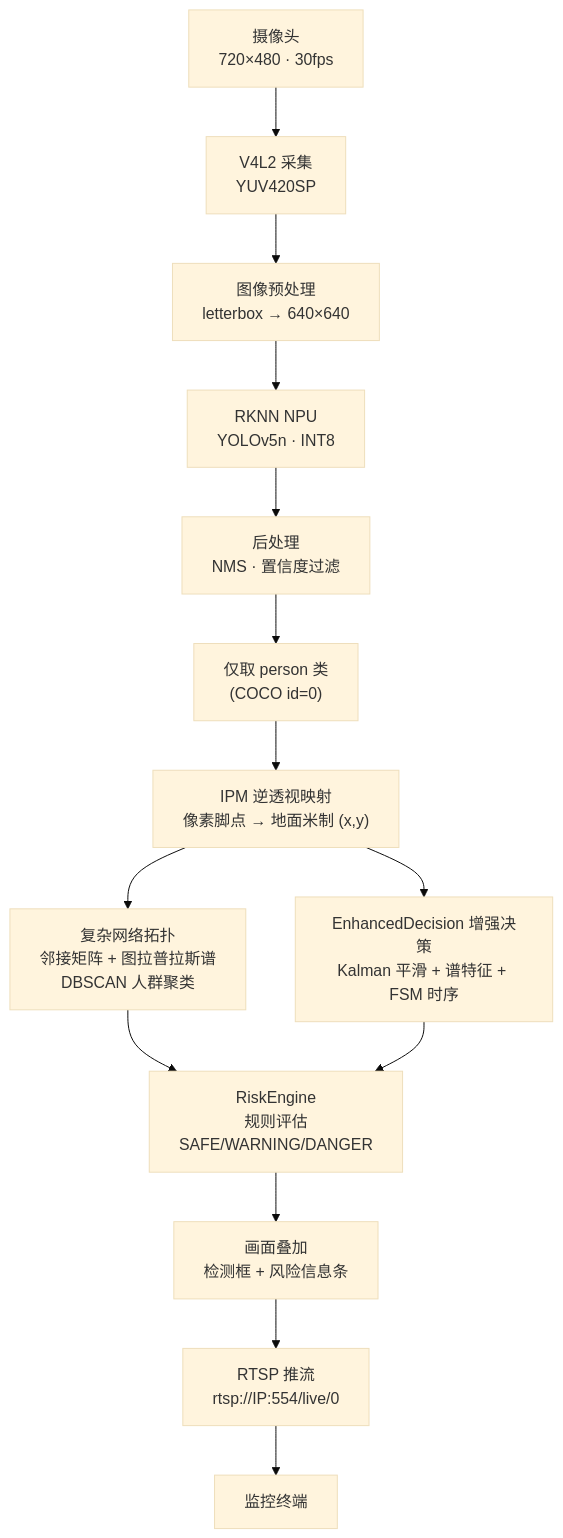
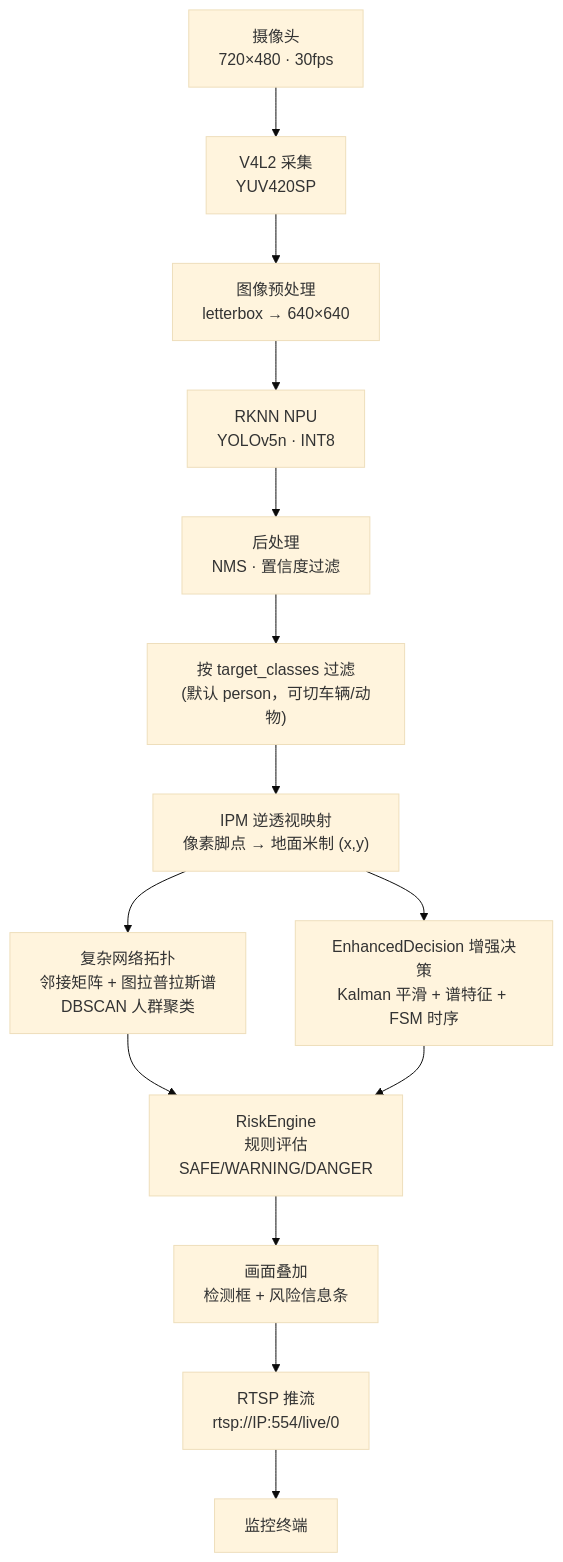
The first of 2 diagrams in docs/ARCHITECTURE.md (Liao0429/pedestrian-risk-decision), drawn with Mermaid (base theme) before and after one commit. The commit also changed other lines of this file and 5 other files, not shown here.

Commit message:
docs(P0答辩就绪): 开发板一键启动脚本start_demo.sh（现场拉起RTSP+网页观看+打印IP）；README/架构图补网页观看与多目标切换特性；WIFI_SETUP标注实测状态；建立看板KANBAN与开发日志

````diff
--- a/docs/ARCHITECTURE.md
+++ b/docs/ARCHITECTURE.md
@@ -14,16 +14,16 @@
 ```mermaid
 graph TD
     CAM["摄像头<br/>720×480 · 30fps"] --> V4L2["V4L2 采集<br/>YUV420SP"]
     V4L2 --> PP["图像预处理<br/>letterbox → 640×640"]
     PP --> NPU["RKNN NPU<br/>YOLOv5n · INT8"]
     NPU --> POST["后处理<br/>NMS · 置信度过滤"]
-    POST --> PERSON["仅取 person 类<br/>(COCO id=0)"]
+    POST --> PERSON["按 target_classes 过滤<br/>(默认 person，可切车辆/动物)"]
     PERSON --> IPM["IPM 逆透视映射<br/>像素脚点 → 地面米制 (x,y)"]
     IPM --> TOPO["复杂网络拓扑<br/>邻接矩阵 + 图拉普拉斯谱<br/>DBSCAN 人群聚类"]
     TOPO --> RE["RiskEngine<br/>规则评估<br/>SAFE/WARNING/DANGER"]
     IPM --> ED["EnhancedDecision 增强决策<br/>Kalman 平滑 + 谱特征 + FSM 时序"]
     ED --> RE
     RE --> OVERLAY["画面叠加<br/>检测框 + 风险信息条"]
     OVERLAY --> RTSP["RTSP 推流<br/>rtsp://IP:554/live/0"]
     RTSP --> CLIENT["监控终端"]
 ```
````
